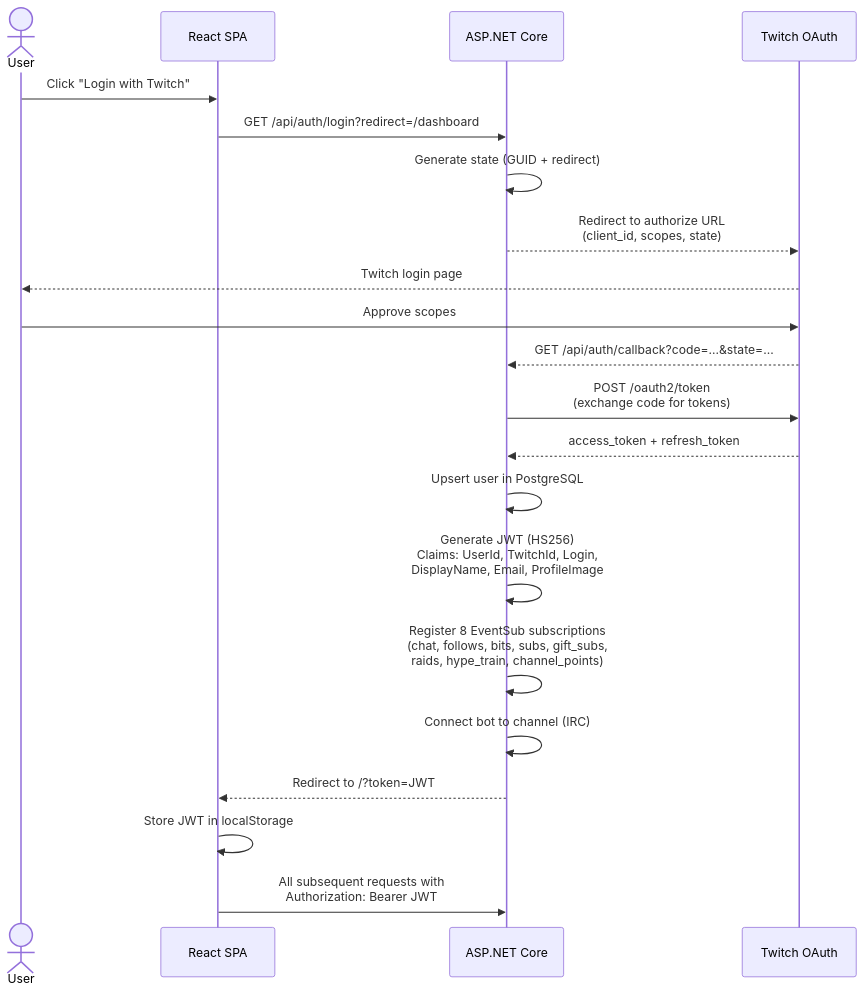
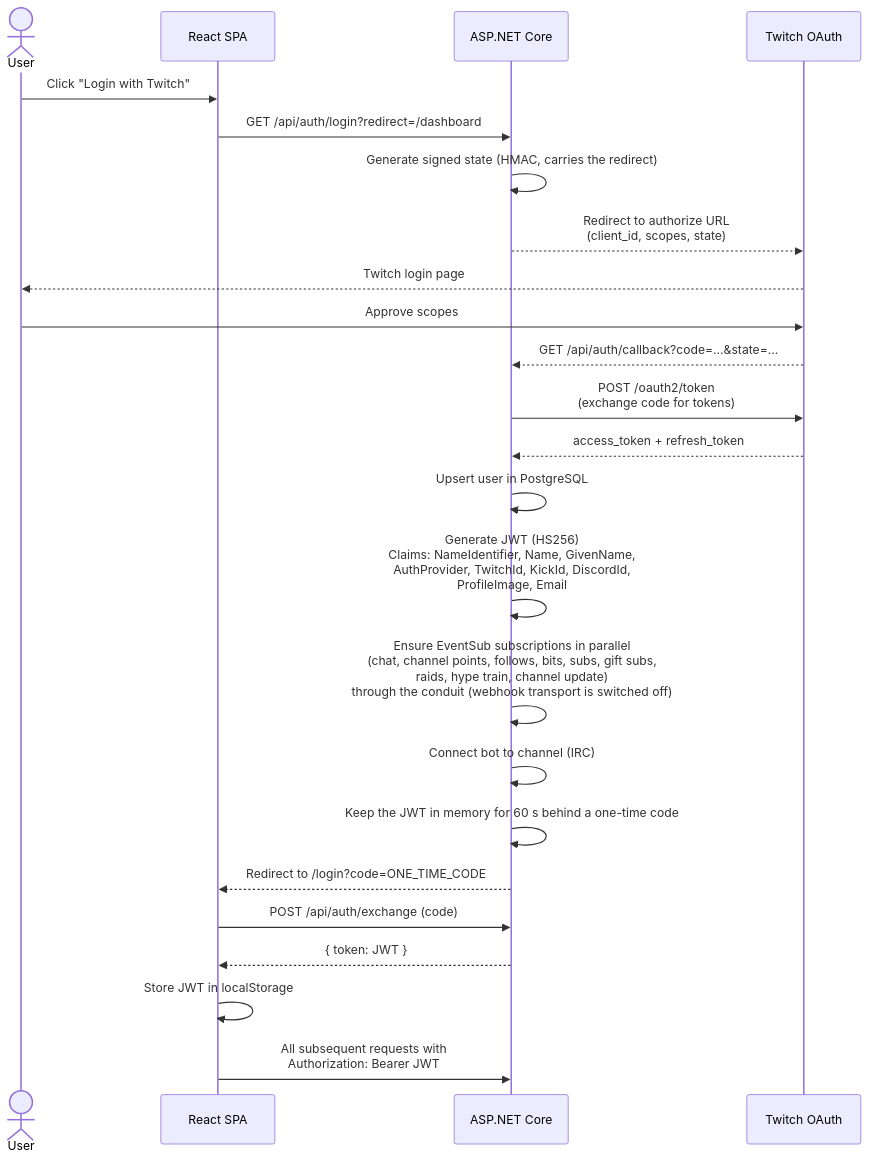
Before and after one commit to decatrondev/decatron: the seventh of 12 diagrams in docs/ARCHITECTURE.md, drawn with Mermaid. The commit also changed other lines of this file and 14 other files, not shown here.

Commit message:
Documentación de GitHub: docs/ revisados contra el código (EventSub por conduit, API pública v1, comandos, overlays, configuración, despliegue) y versión completa en español en docs/es

````diff
--- a/docs/ARCHITECTURE.md
+++ b/docs/ARCHITECTURE.md
@@ -458,24 +397,27 @@
 ```mermaid
 sequenceDiagram
     actor User
     participant Frontend as React SPA
     participant Backend as ASP.NET Core
     participant Twitch as Twitch OAuth
 
     User->>Frontend: Click "Login with Twitch"
     Frontend->>Backend: GET /api/auth/login?redirect=/dashboard
-    Backend->>Backend: Generate state (GUID + redirect)
+    Backend->>Backend: Generate signed state (HMAC, carries the redirect)
     Backend-->>Twitch: Redirect to authorize URL<br/>(client_id, scopes, state)
     Twitch-->>User: Twitch login page
     User->>Twitch: Approve scopes
     Twitch-->>Backend: GET /api/auth/callback?code=...&state=...
     Backend->>Twitch: POST /oauth2/token<br/>(exchange code for tokens)
     Twitch-->>Backend: access_token + refresh_token
     Backend->>Backend: Upsert user in PostgreSQL
-    Backend->>Backend: Generate JWT (HS256)<br/>Claims: UserId, TwitchId, Login,<br/>DisplayName, Email, ProfileImage
-    Backend->>Backend: Register 8 EventSub subscriptions<br/>(chat, follows, bits, subs, gift_subs,<br/>raids, hype_train, channel_points)
+    Backend->>Backend: Generate JWT (HS256)<br/>Claims: NameIdentifier, Name, GivenName,<br/>AuthProvider, TwitchId, KickId, DiscordId,<br/>ProfileImage, Email
+    Backend->>Backend: Ensure EventSub subscriptions in parallel<br/>(chat, channel points, follows, bits, subs, gift subs,<br/>raids, hype train, channel update)<br/>through the conduit (webhook transport is switched off)
     Backend->>Backend: Connect bot to channel (IRC)
-    Backend-->>Frontend: Redirect to /?token=JWT
+    Backend->>Backend: Keep the JWT in memory for 60 s behind a one-time code
+    Backend-->>Frontend: Redirect to /login?code=ONE_TIME_CODE
+    Frontend->>Backend: POST /api/auth/exchange (code)
+    Backend-->>Frontend: { token: JWT }
     Frontend->>Frontend: Store JWT in localStorage
     Frontend->>Backend: All subsequent requests with<br/>Authorization: Bearer JWT
 ```
````
